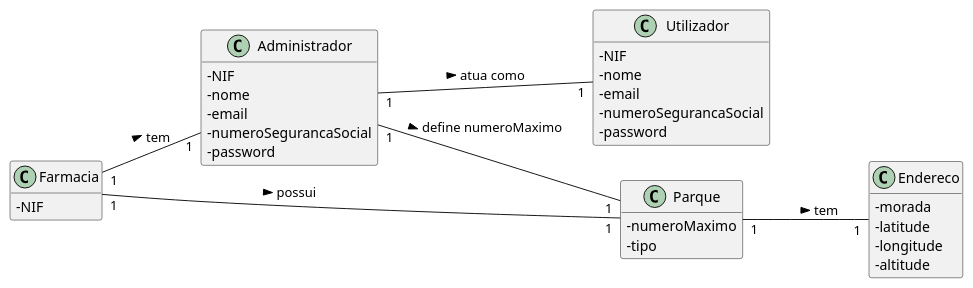
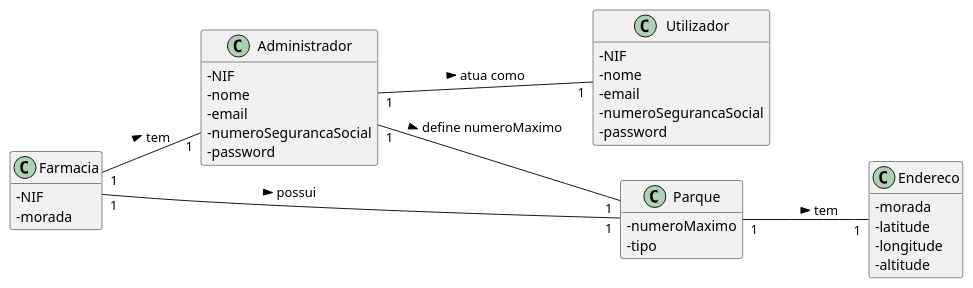
The diagram in docs/UC128/MD-REGISTAR FARMACIA.puml (pedrolemos4/LAPR3), drawn with PlantUML before and after one commit. The commit also changed 3 other files, not shown here.

```diff
--- a/docs/UC128/MD-REGISTAR FARMACIA.puml
+++ b/docs/UC128/MD-REGISTAR FARMACIA.puml
@@ -1,44 +1,45 @@
 @startuml
 skinparam classAttributeIconSize 0
 hide methods
 left to right direction
 
 class Farmacia {
   -NIF
+  -morada
 }
 
 class Utilizador {
   -NIF
   -nome
   -email
   -numeroSegurancaSocial
   -password
 }
 
 class Administrador {
   -NIF
   -nome
   -email
   -numeroSegurancaSocial
   -password
 }
 
 class Endereco {
   -morada
   -latitude
   -longitude
   -altitude
 }
 
 class Parque {
   -numeroMaximo
   -tipo
 }
 
 Administrador "1" -- "1" Utilizador: atua como >
 Administrador "1" -- "1" Parque: define numeroMaximo >
 Farmacia "1" -- "1" Parque: possui >
 Parque "1" -- "1" Endereco: tem >
 Farmacia "1" -- "1" Administrador: tem >
 
 @enduml
```
